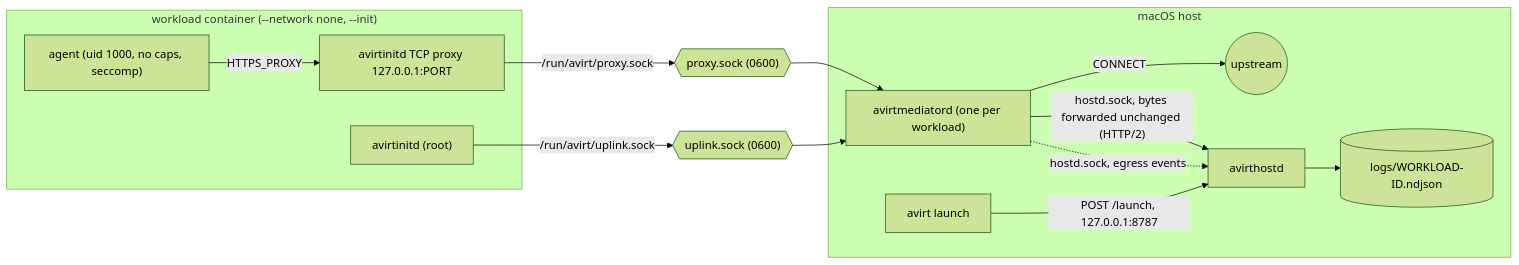
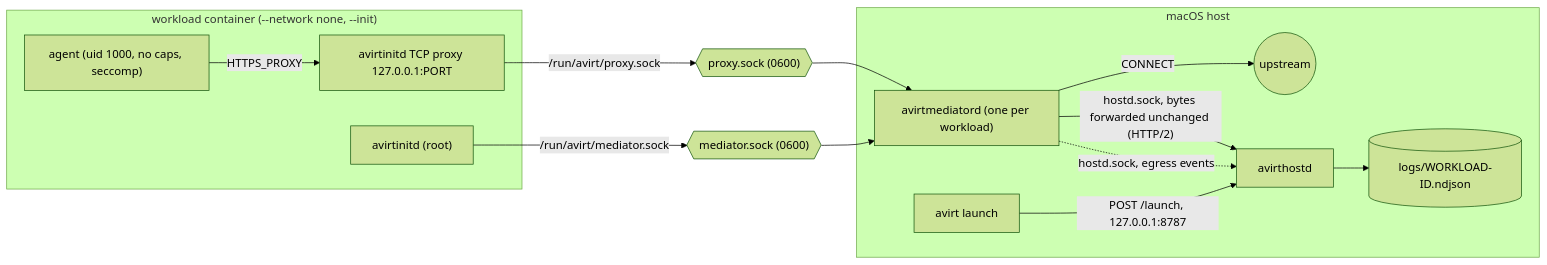
Before and after one commit to tbhb-dev/avirt: the first of 2 diagrams in docs/architecture.md, drawn with Mermaid (forest theme). The commit also changed other lines of this file and 23 other files, not shown here.

````diff
--- a/docs/architecture.md
+++ b/docs/architecture.md
@@ -36,25 +36,25 @@
 ```mermaid
 flowchart LR
     subgraph workload["workload container (--network none, --init)"]
         agent["agent (uid 1000, no caps, seccomp)"]
         relay["avirtinitd TCP proxy 127.0.0.1:PORT"]
         avirtinitd["avirtinitd (root)"]
         agent -->|HTTPS_PROXY| relay
     end
     subgraph host["macOS host"]
         med["avirtmediatord (one per workload)"]
         hostd["avirthostd"]
         logs[("logs/WORKLOAD-ID.ndjson")]
         upstream(("upstream"))
         cli["avirt launch"]
     end
     relay -->|"/run/avirt/proxy.sock"| psock{{"proxy.sock (0600)"}}
     psock --> med
     med -->|"CONNECT"| upstream
-    avirtinitd -->|"/run/avirt/uplink.sock"| usock{{"uplink.sock (0600)"}}
+    avirtinitd -->|"/run/avirt/mediator.sock"| usock{{"mediator.sock (0600)"}}
     usock --> med
     med -->|"hostd.sock, bytes forwarded unchanged (HTTP/2)"| hostd
     med -.->|"hostd.sock, egress events"| hostd
     hostd --> logs
     cli -->|"POST /launch, 127.0.0.1:8787"| hostd
 ```
````
